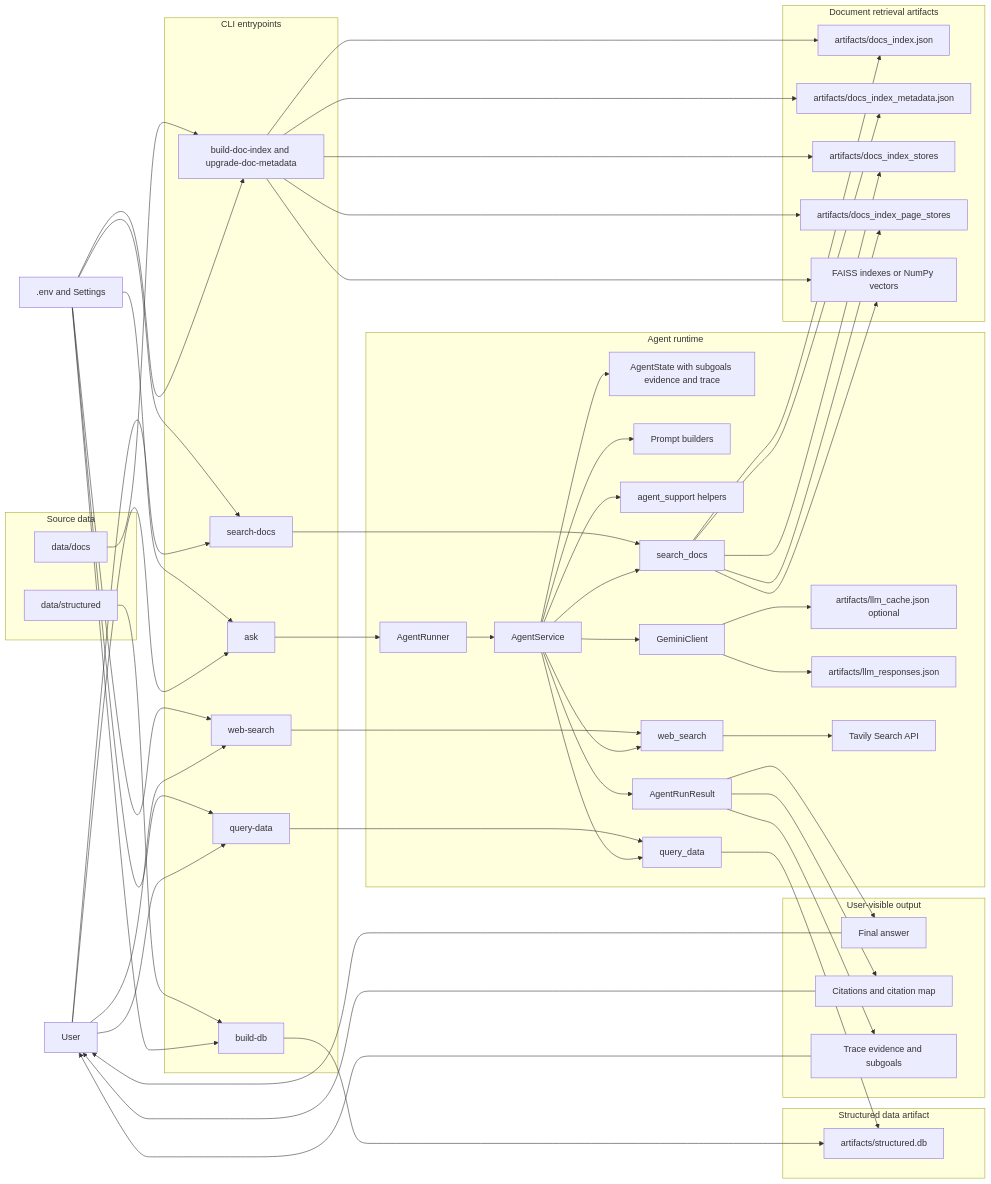
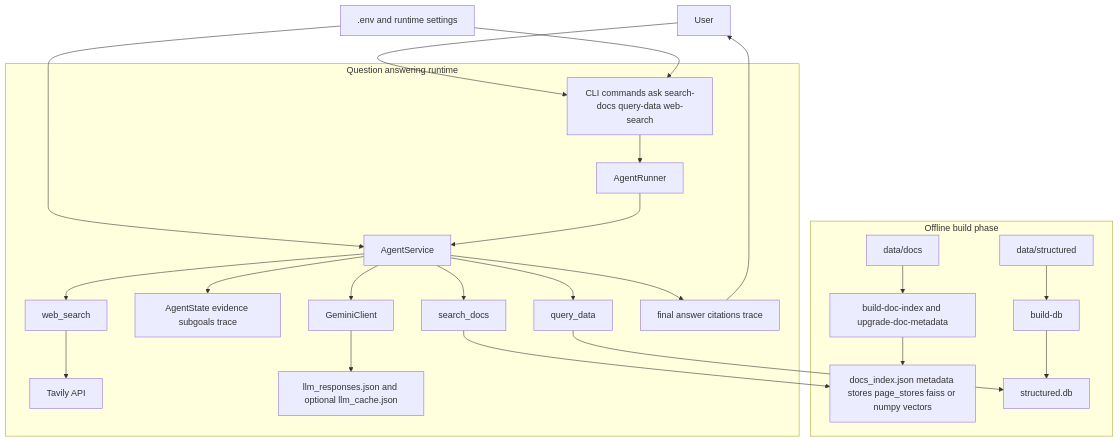
Before and after one commit to Umashankar86/prodapt-ver2: the first of 2 diagrams in docs/ARCHITECTURE.md, drawn with Mermaid. The commit also changed other lines of this file, not shown here.

Commit message:
Refine design and architecture docs

````diff
--- a/docs/ARCHITECTURE.md
+++ b/docs/ARCHITECTURE.md
@@ -7,107 +7,54 @@
 ```mermaid
-flowchart LR
+flowchart TD
     User[User]
-    Env[.env and Settings]
+    Settings[.env and runtime settings]
 
-    subgraph CLI[CLI entrypoints]
-        Ask[ask]
-        SearchDocsCmd[search-docs]
-        QueryDataCmd[query-data]
-        WebSearchCmd[web-search]
-        BuildIndexCmd[build-doc-index and upgrade-doc-metadata]
-        BuildDbCmd[build-db]
+    subgraph BuildPhase[Offline build phase]
+        DocsInput[data/docs]
+        StructuredInput[data/structured]
+        BuildDocs[build-doc-index and upgrade-doc-metadata]
+        BuildDb[build-db]
+        DocArtifacts[docs_index.json metadata stores page_stores faiss or numpy vectors]
+        DbArtifact[structured.db]
     end
 
-    subgraph Inputs[Source data]
-        DocsDir[data/docs]
-        StructuredDir[data/structured]
+    subgraph RuntimePhase[Question answering runtime]
+        CLI[CLI commands ask search-docs query-data web-search]
+        Runner[AgentRunner]
+        Service[AgentService]
+        LLM[GeminiClient]
+        State[AgentState evidence subgoals trace]
+        SearchDocs[search_docs]
+        QueryData[query_data]
+        WebSearch[web_search]
+        Tavily[Tavily API]
+        Logs[llm_responses.json and optional llm_cache.json]
+        Result[final answer citations trace]
     end
 
-    subgraph DocArtifacts[Document retrieval artifacts]
-        GlobalDocIndex[artifacts/docs_index.json]
-        DocMetadata[artifacts/docs_index_metadata.json]
-        DocStores[artifacts/docs_index_stores]
-        PageStores[artifacts/docs_index_page_stores]
-        FaissOrNpy[FAISS indexes or NumPy vectors]
-    end
+    DocsInput --> BuildDocs
+    BuildDocs --> DocArtifacts
+    StructuredInput --> BuildDb
+    BuildDb --> DbArtifact
 
-    subgraph StructuredArtifacts[Structured data artifact]
-        SQLite[artifacts/structured.db]
-    end
+    User --> CLI
+    Settings --> CLI
+    Settings --> Service
+    CLI --> Runner
+    Runner --> Service
 
-    subgraph Runtime[Agent runtime]
-        Runner[AgentRunner]
-        Service[AgentService]
-        State[AgentState with subgoals evidence and trace]
-        Prompts[Prompt builders]
-        Support[agent_support helpers]
-        LLM[GeminiClient]
-        Cache[artifacts/llm_cache.json optional]
-        LlmLog[artifacts/llm_responses.json]
-        SearchDocsTool[search_docs]
-        QueryDataTool[query_data]
-        WebTool[web_search]
-        Tavily[Tavily Search API]
-        Result[AgentRunResult]
-    end
+    Service --> LLM
+    Service --> State
+    LLM --> Logs
 
-    subgraph Output[User-visible output]
-        FinalAnswer[Final answer]
-        Citations[Citations and citation map]
-        TraceOut[Trace evidence and subgoals]
-    end
+    Service --> SearchDocs
+    Service --> QueryData
+    Service --> WebSearch
 
-    User --> Ask
-    User --> SearchDocsCmd
-    User --> QueryDataCmd
-    User --> WebSearchCmd
-    Env --> Ask
-    Env --> SearchDocsCmd
-    Env --> QueryDataCmd
-    Env --> WebSearchCmd
-    Env --> BuildIndexCmd
-    Env --> BuildDbCmd
-
-    DocsDir --> BuildIndexCmd
-    BuildIndexCmd --> GlobalDocIndex
-    BuildIndexCmd --> DocMetadata
-    BuildIndexCmd --> DocStores
-    BuildIndexCmd --> PageStores
-    BuildIndexCmd --> FaissOrNpy
-
-    StructuredDir --> BuildDbCmd
-    BuildDbCmd --> SQLite
-
-    Ask --> Runner
-    Runner --> Service
-    Service --> State
-    Service --> Prompts
-    Service --> Support
-    Service --> LLM
-    LLM --> Cache
-    LLM --> LlmLog
-
-    Service --> SearchDocsTool
-    Service --> QueryDataTool
-    Service --> WebTool
-
-    SearchDocsTool --> GlobalDocIndex
-    SearchDocsTool --> DocMetadata
-    SearchDocsTool --> DocStores
-    SearchDocsTool --> PageStores
-    SearchDocsTool --> FaissOrNpy
-    QueryDataTool --> SQLite
-    WebTool --> Tavily
-
-    SearchDocsCmd --> SearchDocsTool
-    QueryDataCmd --> QueryDataTool
-    WebSearchCmd --> WebTool
+    SearchDocs --> DocArtifacts
+    QueryData --> DbArtifact
+    WebSearch --> Tavily
 
     Service --> Result
-    Result --> FinalAnswer
-    Result --> Citations
-    Result --> TraceOut
-    FinalAnswer --> User
-    Citations --> User
-    TraceOut --> User
+    Result --> User
 ```
````
